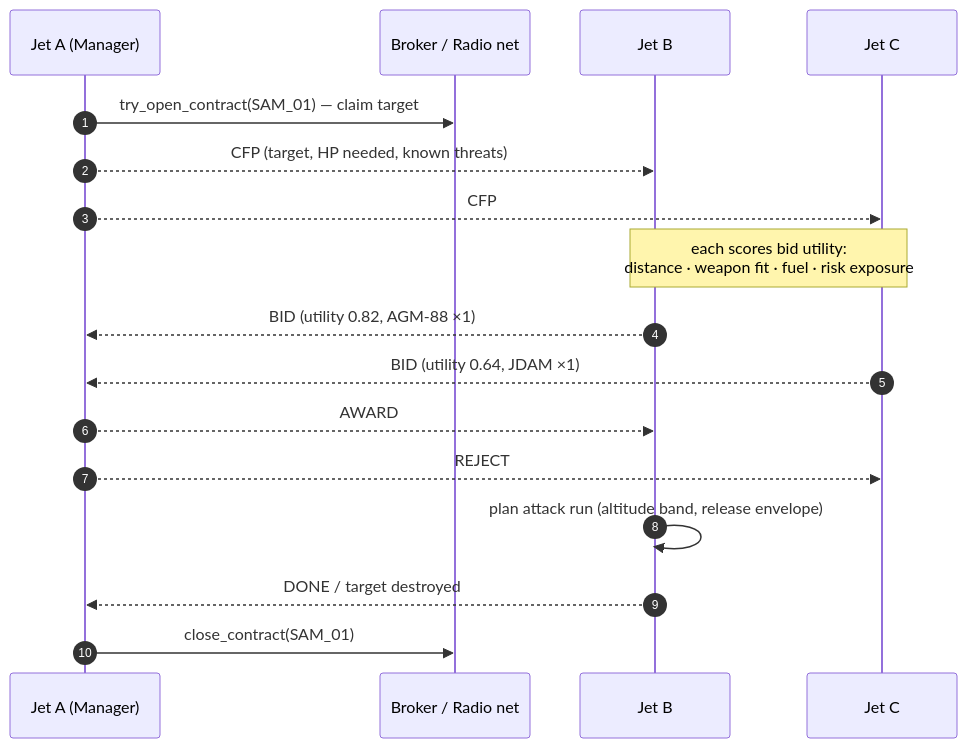
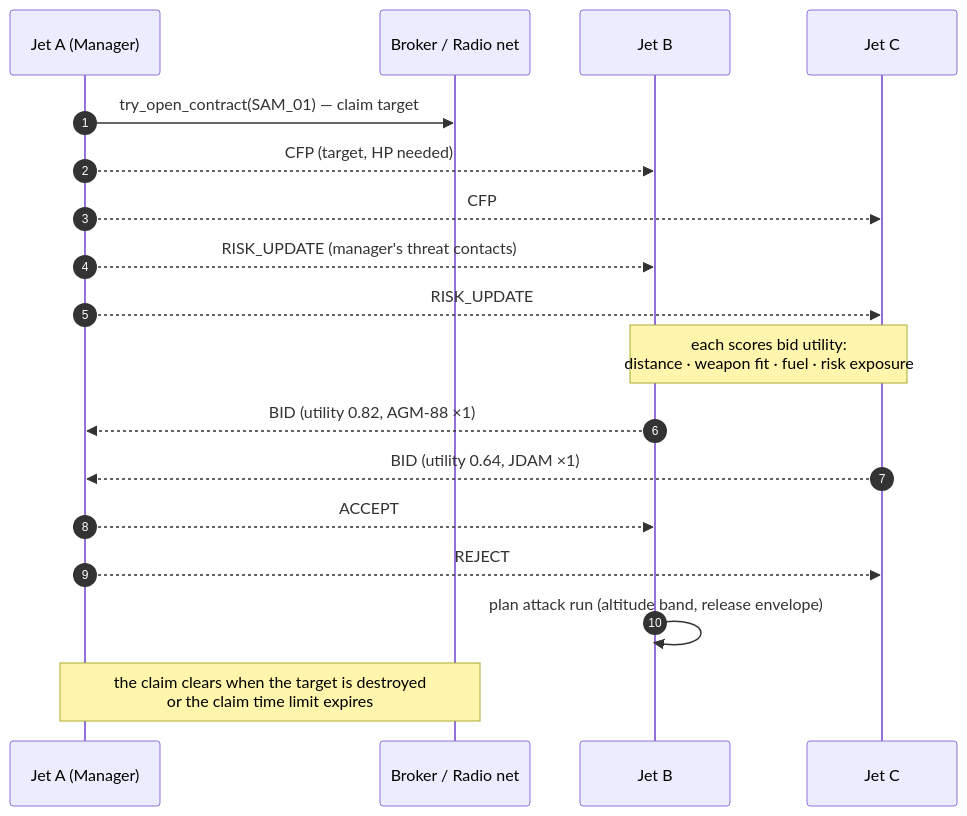
Before and after one commit to DenisLisovytskiy/Project-WraithNet: the first of 2 diagrams in README.md, drawn with Mermaid. The commit also changed other lines of this file, not shown here.

First line of the commit message:
Make the README numbers and the protocol diagram true

````diff
--- a/README.md
+++ b/README.md
@@ -84,19 +84,20 @@
 ```mermaid
 sequenceDiagram
     autonumber
     participant M as Jet A (Manager)
     participant B as Broker / Radio net
     participant C1 as Jet B
     participant C2 as Jet C
     M->>B: try_open_contract(SAM_01)  — claim target
-    M-->>C1: CFP (target, HP needed, known threats)
+    M-->>C1: CFP (target, HP needed)
     M-->>C2: CFP
+    M-->>C1: RISK_UPDATE (manager's threat contacts)
+    M-->>C2: RISK_UPDATE
     Note over C1,C2: each scores bid utility:<br/>distance · weapon fit · fuel · risk exposure
     C1-->>M: BID (utility 0.82, AGM-88 ×1)
     C2-->>M: BID (utility 0.64, JDAM ×1)
-    M-->>C1: AWARD
+    M-->>C1: ACCEPT
     M-->>C2: REJECT
     C1->>C1: plan attack run (altitude band, release envelope)
-    C1-->>M: DONE / target destroyed
-    M->>B: close_contract(SAM_01)
+    Note over M,B: the claim clears when the target is destroyed<br/>or the claim time limit expires
 ```
````
